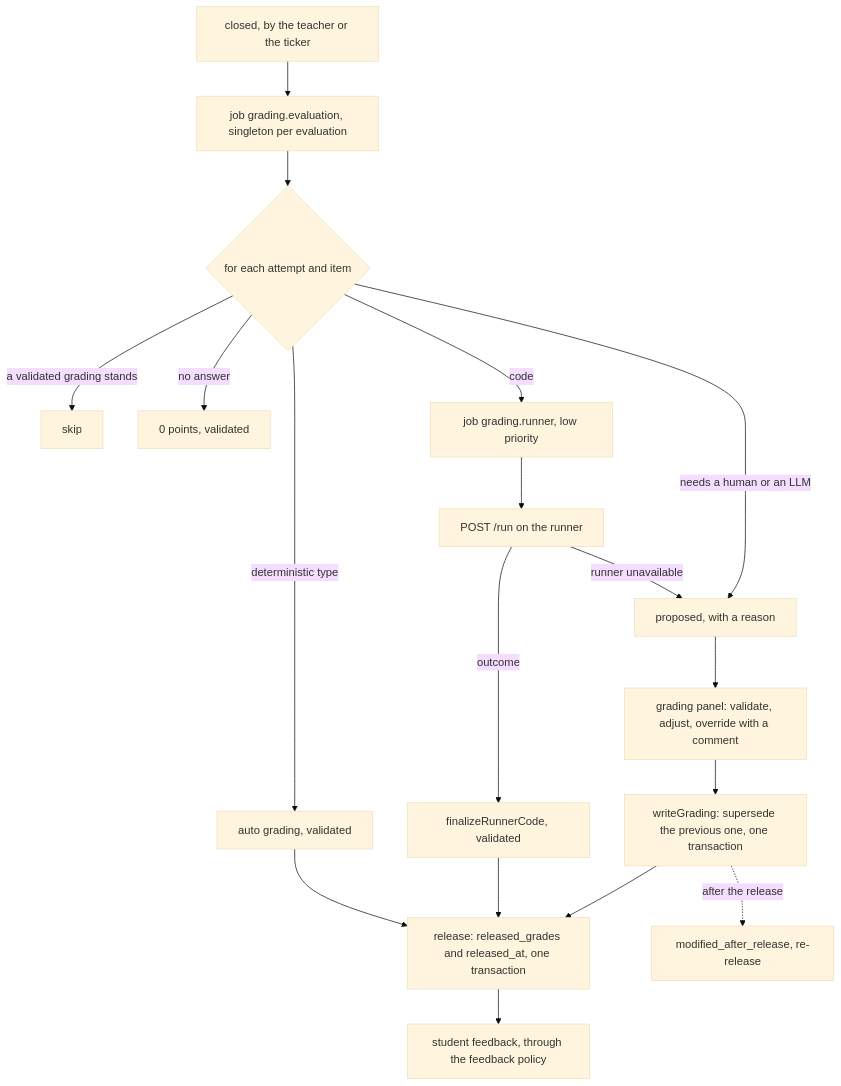
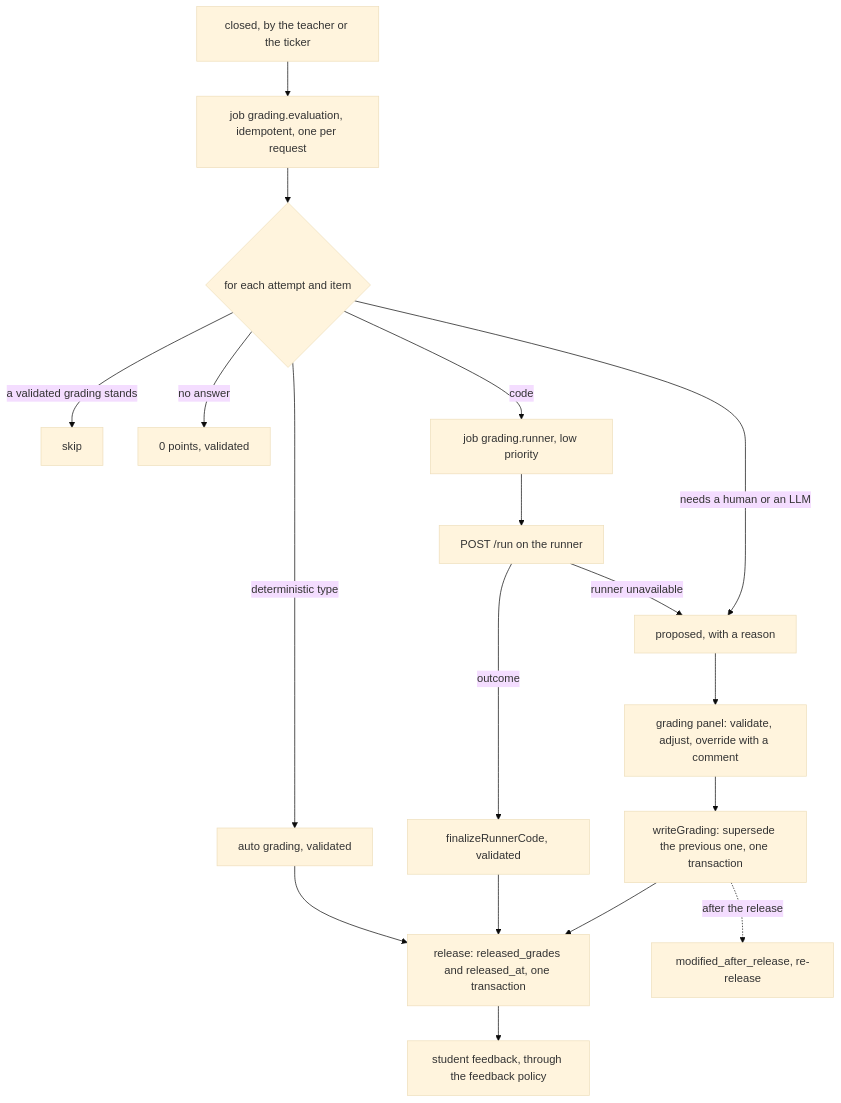
The sixth of 8 diagrams in docs/development/architecture.md (heig-tin-info/heig-quiz), drawn with Mermaid (base theme) before and after one commit. The commit also changed 12 other files, not shown here.

First line of the commit message:
fix(grading): never deduplicate grading.evaluation jobs (#273) (#283)

````diff
--- a/docs/development/architecture.md
+++ b/docs/development/architecture.md
@@ -270,20 +270,20 @@
 ```mermaid
 flowchart TB
-  CLOSE["closed, by the teacher or the ticker"] --> JOB["job grading.evaluation, singleton per evaluation"]
+  CLOSE["closed, by the teacher or the ticker"] --> JOB["job grading.evaluation, idempotent, one per request"]
   JOB --> CELL{"for each attempt and item"}
   CELL -- "a validated grading stands" --> SKIP["skip"]
   CELL -- "no answer" --> ZERO["0 points, validated"]
   CELL -- "deterministic type" --> AUTO["auto grading, validated"]
   CELL -- "code" --> RJOB["job grading.runner, low priority"]
   RJOB --> RUN["POST /run on the runner"]
   RUN -- "outcome" --> FIN["finalizeRunnerCode, validated"]
   RUN -- "runner unavailable" --> PROP["proposed, with a reason"]
   CELL -- "needs a human or an LLM" --> PROP
   PROP --> PANEL["grading panel: validate, adjust, override with a comment"]
   PANEL --> WRITE["writeGrading: supersede the previous one, one transaction"]
   AUTO --> REL
   FIN --> REL
   WRITE --> REL["release: released_grades and released_at, one transaction"]
   REL --> FB["student feedback, through the feedback policy"]
   WRITE -. "after the release" .-> FLAG["modified_after_release, re-release"]
 ```
````
